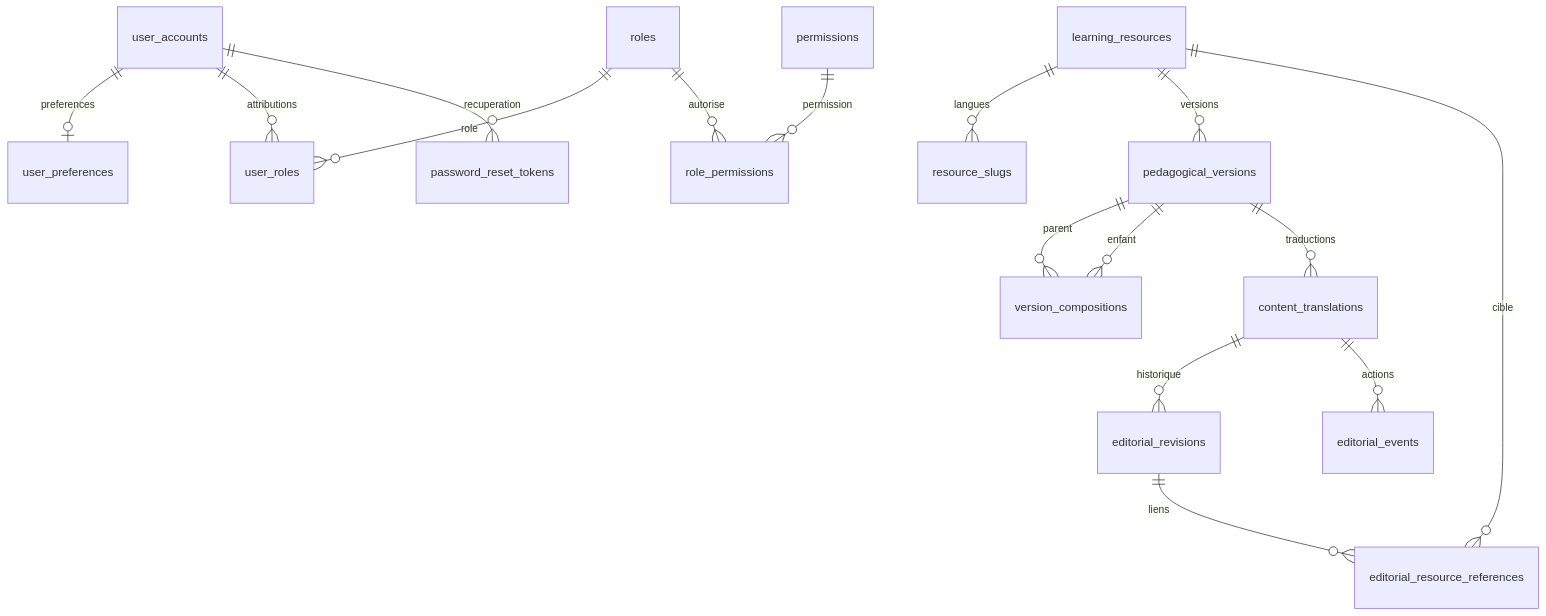
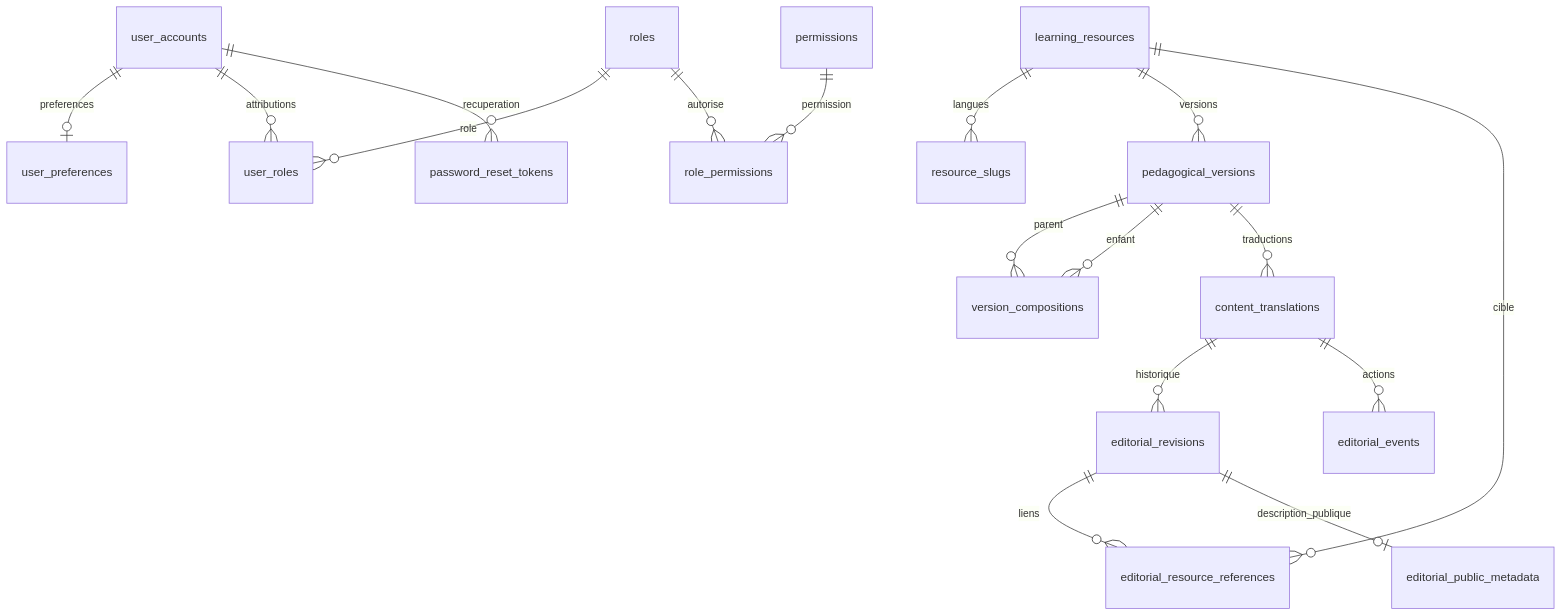
Before and after one commit to fonkoukevin/chatgpt_courses: the diagram in docs/DATA_MODEL.md, drawn with Mermaid. The commit also changed other lines of this file and 278 other files, not shown here.

````diff
--- a/docs/DATA_MODEL.md
+++ b/docs/DATA_MODEL.md
@@ -26,18 +27,19 @@
 ```mermaid
 erDiagram
   user_accounts ||--o| user_preferences : preferences
   user_accounts ||--o{ user_roles : attributions
   roles ||--o{ user_roles : role
   roles ||--o{ role_permissions : autorise
   permissions ||--o{ role_permissions : permission
   user_accounts ||--o{ password_reset_tokens : recuperation
   learning_resources ||--o{ resource_slugs : langues
   learning_resources ||--o{ pedagogical_versions : versions
   pedagogical_versions ||--o{ version_compositions : parent
   pedagogical_versions ||--o{ version_compositions : enfant
   pedagogical_versions ||--o{ content_translations : traductions
   content_translations ||--o{ editorial_revisions : historique
   content_translations ||--o{ editorial_events : actions
   editorial_revisions ||--o{ editorial_resource_references : liens
   learning_resources ||--o{ editorial_resource_references : cible
+  editorial_revisions ||--o| editorial_public_metadata : description_publique
 ```
````
